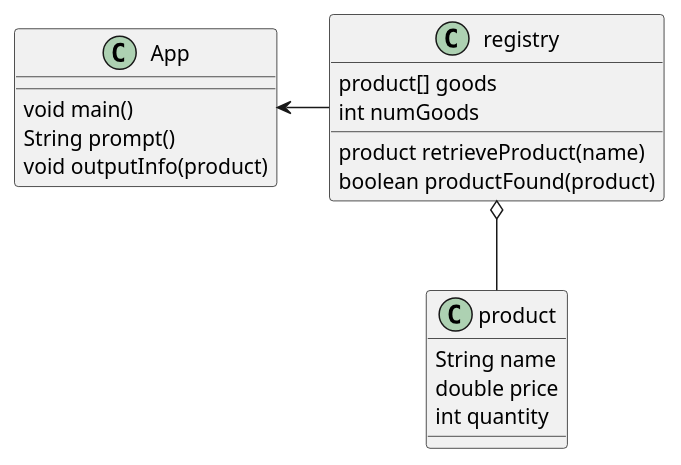
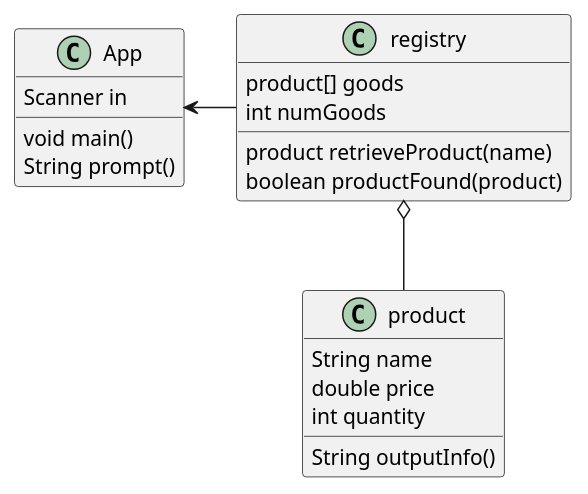
The diagram in src/main/java/ex44/ex44-ClassDiagram.puml (kieran-l-jimenez/jimenez-cop3330-assignment3), drawn with PlantUML before and after one commit. The commit also changed 7 other files, not shown here.

```diff
--- a/src/main/java/ex44/ex44-ClassDiagram.puml
+++ b/src/main/java/ex44/ex44-ClassDiagram.puml
@@ -1,27 +1,30 @@
 @startuml
 'https://plantuml.com/class-diagram
 
 class App {
+Scanner in
+
 void main()
 String prompt()
-void outputInfo(product)
 }
 
 App <- registry
 registry o-- product
 
 class registry {
 product[] goods
 int numGoods
 
 product retrieveProduct(name)
 boolean productFound(product)
 }
 
 class product {
 String name
 double price
 int quantity
+
+String outputInfo()
 }
 
 @enduml
```
